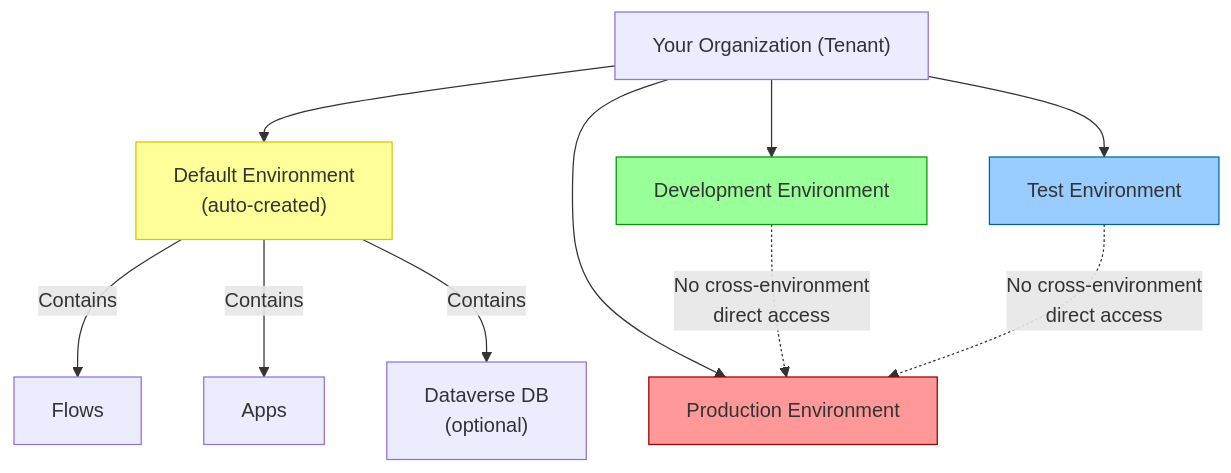
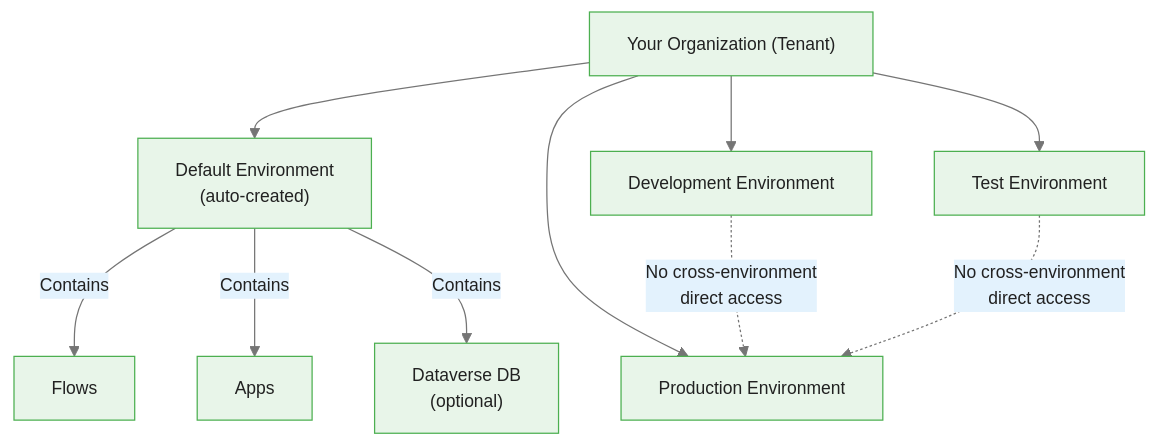
The sixth of 9 diagrams in courses/power-automate/modules/module_00_platform_orientation/guides/01_platform_overview_slides.md (m-deane/course-creator), drawn with Mermaid before and after one commit. The commit also changed other lines of this file and 72 other files, not shown here.

````diff
--- a/courses/power-automate/modules/module_00_platform_orientation/guides/01_platform_overview_slides.md
+++ b/courses/power-automate/modules/module_00_platform_orientation/guides/01_platform_overview_slides.md
@@ -245,21 +270,18 @@
 ```mermaid
+%%{init: {"theme": "base", "themeVariables": {"primaryColor": "#e8f5e9", "primaryBorderColor": "#4caf50", "primaryTextColor": "#212121", "secondaryColor": "#e3f2fd", "tertiaryColor": "#fff8e1", "lineColor": "#757575", "fontFamily": "Inter, sans-serif", "fontSize": "14px"}}}%%
 graph TB
     ORG["Your Organization (Tenant)"]
 
     ORG --> DEFAULT["Default Environment\n(auto-created)"]
     ORG --> DEV["Development Environment"]
     ORG --> TEST["Test Environment"]
     ORG --> PROD["Production Environment"]
 
     DEFAULT --> |"Contains"| F1["Flows"]
     DEFAULT --> |"Contains"| A1["Apps"]
     DEFAULT --> |"Contains"| D1["Dataverse DB\n(optional)"]
 
     DEV -.->|"No cross-environment\ndirect access"| PROD
     TEST -.->|"No cross-environment\ndirect access"| PROD
 
-    style DEFAULT fill:#ff9,stroke:#cc0
-    style DEV fill:#9f9,stroke:#090
-    style TEST fill:#9cf,stroke:#069
-    style PROD fill:#f99,stroke:#900
 ```
````
